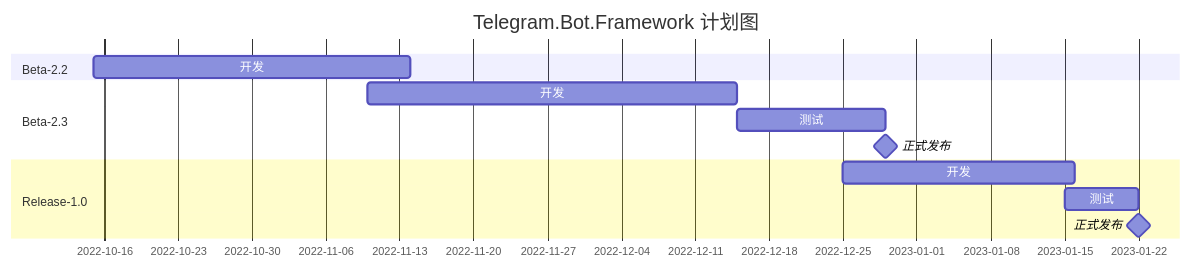
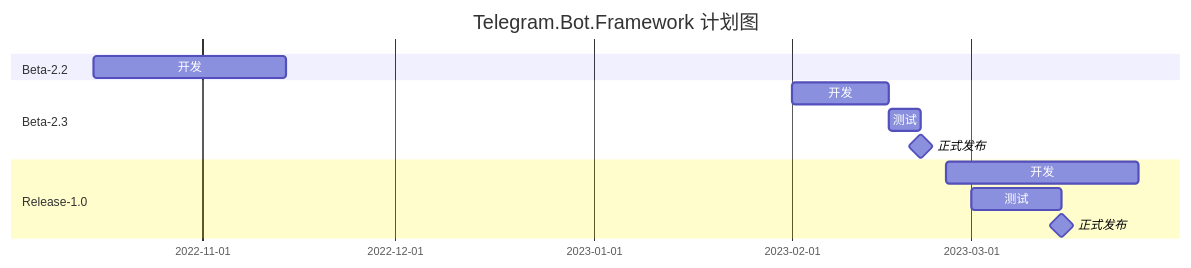
Before and after one commit to Azumo-Lab/Azumo.Telegram.Bot.Framework: the diagram in README.md, drawn with Mermaid.

````diff
--- a/README.md
+++ b/README.md
@@ -3,15 +3,15 @@
 ```mermaid
 gantt
     title Telegram.Bot.Framework 计划图
     dateFormat  YYYY-MM-DD
     section Beta-2.2
     开发  :2022-10-15, 30d
     section Beta-2.3
-    开发  :2022-11-10, 35d
-    测试  :14d
+    开发  :2023-02-01, 15d
+    测试  :5d
     正式发布:milestone, 0d
     section Release-1.0
-    开发  :2022-12-25, 22d
-    测试  :2023-01-15, 7d
-    正式发布:milestone, 2023-01-22, 0d
+    开发  :2023-02-25, 30d
+    测试  :2023-03-01, 14d
+    正式发布:milestone, 2023-03-15, 0d
 ```
````
